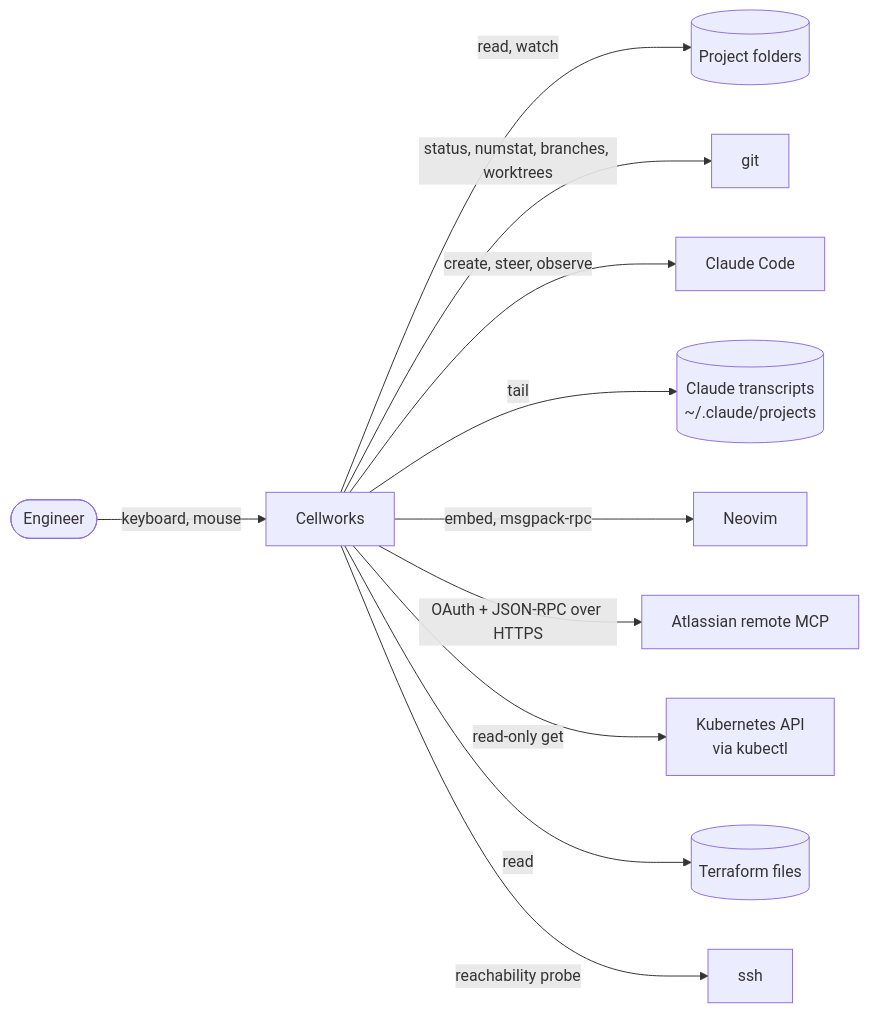
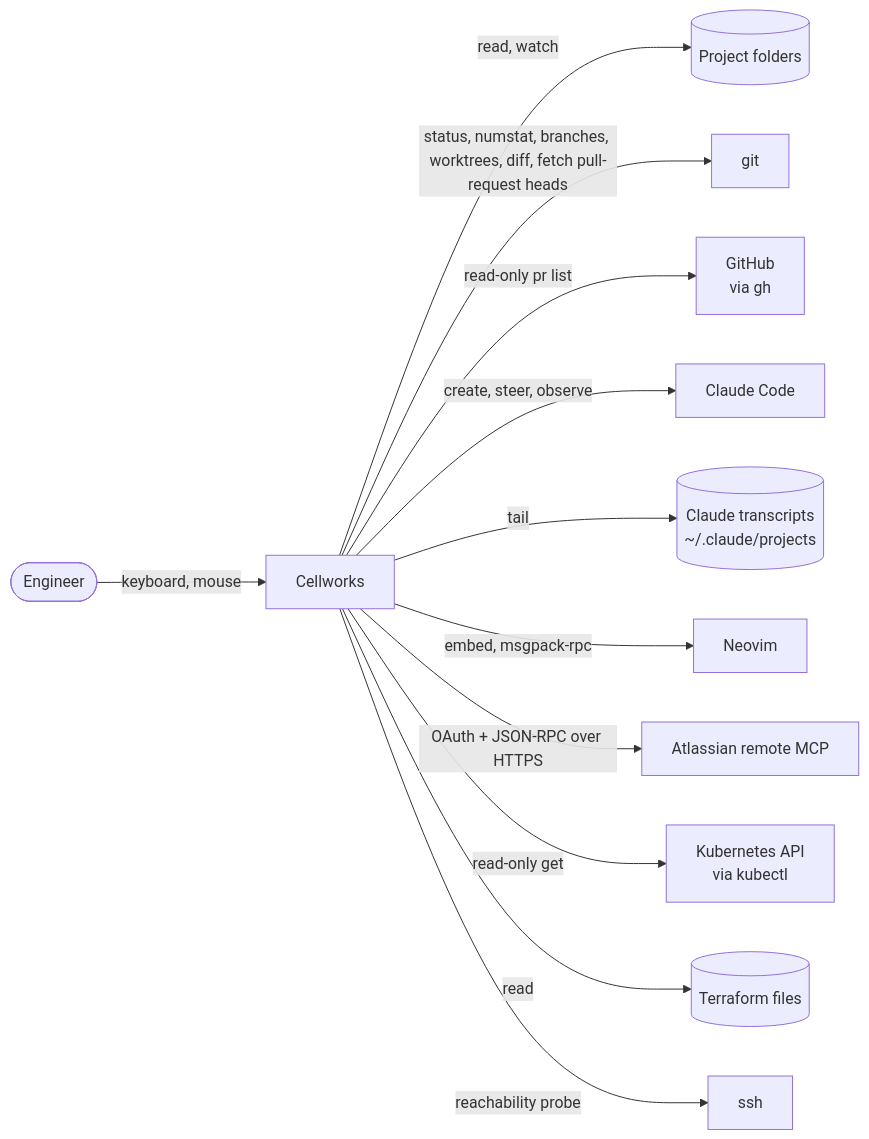
Before and after one commit to Xunrise/cellworks: the diagram in docs/arc42/03-context.md, drawn with Mermaid. The commit also changed other lines of this file and 27 other files, not shown here.

First line of the commit message:
feature: story-021-pull-request-source-with-diffs (#43) (#126)

````diff
--- a/docs/arc42/03-context.md
+++ b/docs/arc42/03-context.md
@@ -7,25 +7,27 @@
 ```mermaid
 flowchart LR
   User([Engineer])
   CW[Cellworks]
   FS[(Project folders)]
   Git[git]
+  GH[GitHub<br/>via gh]
   CC[Claude Code]
   TR[(Claude transcripts<br/>~/.claude/projects)]
   NV[Neovim]
   AT[Atlassian remote MCP]
   K8s[Kubernetes API<br/>via kubectl]
   TF[(Terraform files)]
   SSH[ssh]
 
   User -->|keyboard, mouse| CW
   CW -->|read, watch| FS
-  CW -->|status, numstat, branches, worktrees| Git
+  CW -->|status, numstat, branches, worktrees, diff, fetch pull-request heads| Git
+  CW -->|read-only pr list| GH
   CW -->|create, steer, observe| CC
   CW -->|tail| TR
   CW -->|embed, msgpack-rpc| NV
   CW -->|OAuth + JSON-RPC over HTTPS| AT
   CW -->|read-only get| K8s
   CW -->|read| TF
   CW -->|reachability probe| SSH
 ```
````
